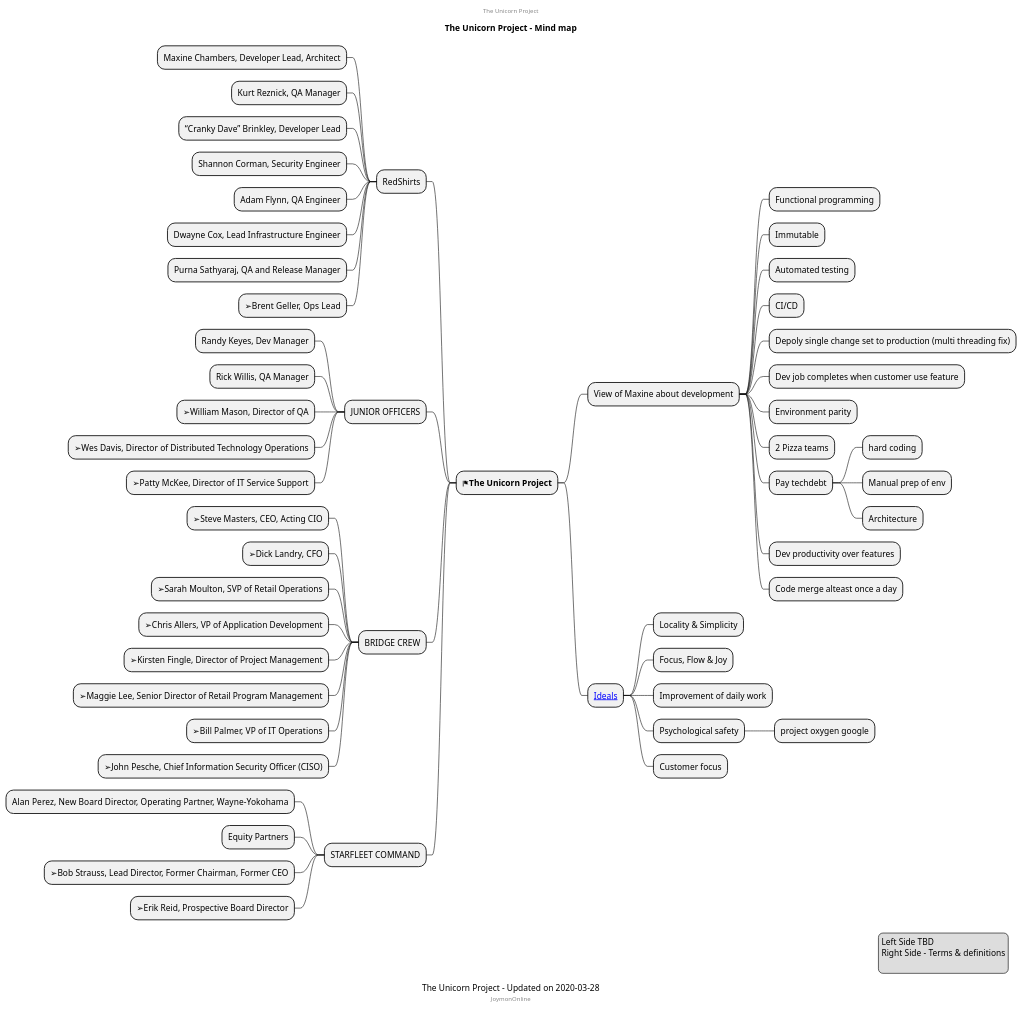
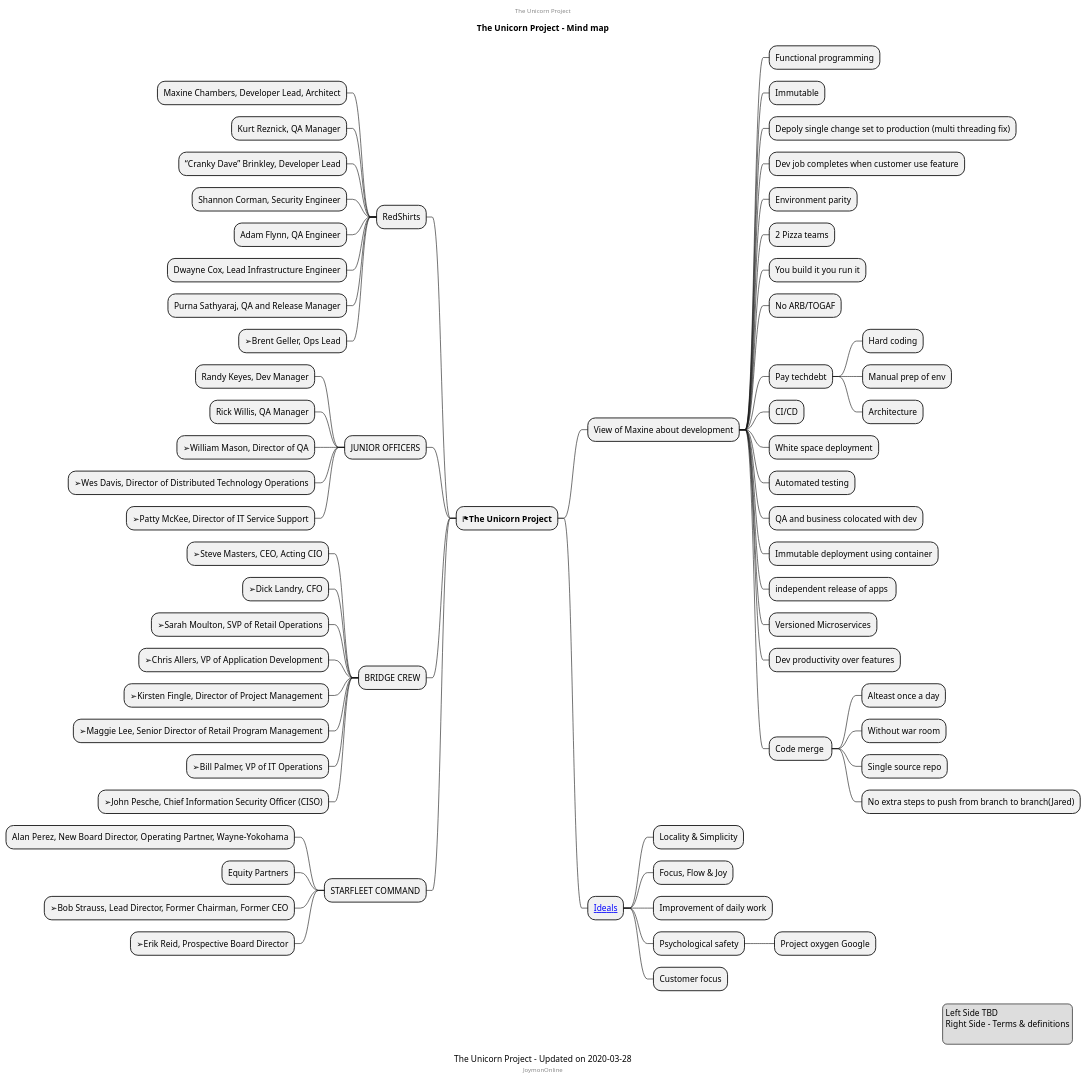
Before and after one commit to mind-maps/software: the diagram in deployment/the-unicorn-project.puml, drawn with PlantUML.

Commit message:
Added unicorn project

```diff
--- a/deployment/the-unicorn-project.puml
+++ b/deployment/the-unicorn-project.puml
@@ -1,69 +1,80 @@
 @startmindmap
 caption The Unicorn Project - Updated on 2020-03-28
 title The Unicorn Project - Mind map
 center header
 The Unicorn Project
 endheader
 
 * <&flag><b>The Unicorn Project</b>
 ** View of Maxine about development
 *** Functional programming
 *** Immutable
-*** Automated testing
-*** CI/CD
 *** Depoly single change set to production (multi threading fix)
 *** Dev job completes when customer use feature
 *** Environment parity
 *** 2 Pizza teams
+*** You build it you run it
+*** No ARB/TOGAF
 *** Pay techdebt
-**** hard coding
+**** Hard coding
 **** Manual prep of env
 **** Architecture
+*** CI/CD
+*** White space deployment
+*** Automated testing
+*** QA and business colocated with dev
+*** Immutable deployment using container
+*** independent release of apps 
+*** Versioned Microservices
 *** Dev productivity over features
-*** Code merge alteast once a day
+*** Code merge 
+**** Alteast once a day
+**** Without war room
+**** Single source repo
+**** No extra steps to push from branch to branch(Jared)
 ** [[https://www.linkedin.com/pulse/unicorn-project-five-ideals-michal-florys/ Ideals]]
 *** Locality & Simplicity
 *** Focus, Flow & Joy
 *** Improvement of daily work
 *** Psychological safety
-**** project oxygen google
+**** Project oxygen Google
 *** Customer focus
 left side
 ** RedShirts
 *** Maxine Chambers, Developer Lead, Architect
 *** Kurt Reznick, QA Manager
 *** “Cranky Dave” Brinkley, Developer Lead
 *** Shannon Corman, Security Engineer
 *** Adam Flynn, QA Engineer
 *** Dwayne Cox, Lead Infrastructure Engineer
 *** Purna Sathyaraj, QA and Release Manager
 *** ➢Brent Geller, Ops Lead
 ** JUNIOR OFFICERS
 *** Randy Keyes, Dev Manager
 *** Rick Willis, QA Manager
 *** ➢William Mason, Director of QA
 *** ➢Wes Davis, Director of Distributed Technology Operations
 *** ➢Patty McKee, Director of IT Service Support
 ** BRIDGE CREW
 *** ➢Steve Masters, CEO, Acting CIO
 *** ➢Dick Landry, CFO
 *** ➢Sarah Moulton, SVP of Retail Operations
 *** ➢Chris Allers, VP of Application Development
 *** ➢Kirsten Fingle, Director of Project Management
 *** ➢Maggie Lee, Senior Director of Retail Program Management
 *** ➢Bill Palmer, VP of IT Operations
 *** ➢John Pesche, Chief Information Security Officer (CISO)
 ** STARFLEET COMMAND
 *** Alan Perez, New Board Director, Operating Partner, Wayne-Yokohama
 *** Equity Partners
 *** ➢Bob Strauss, Lead Director, Former Chairman, Former CEO
 *** ➢Erik Reid, Prospective Board Director
 center footer JoymonOnline
 
 legend right
   Left Side TBD
   Right Side - Terms & definitions
   
 endlegend
 
 @endmindmap
```
